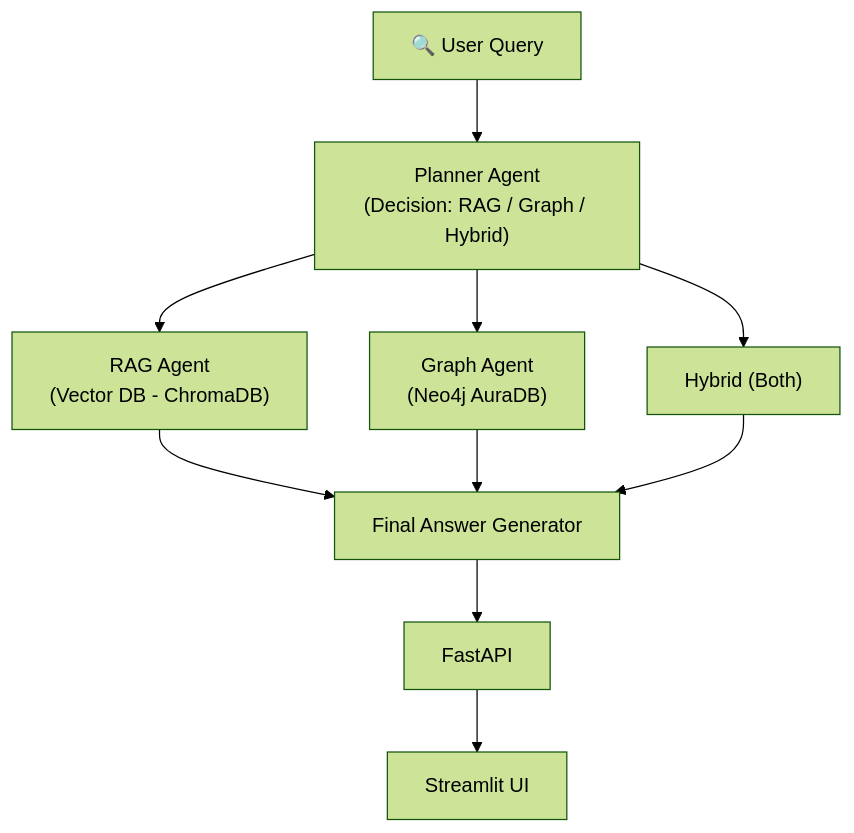
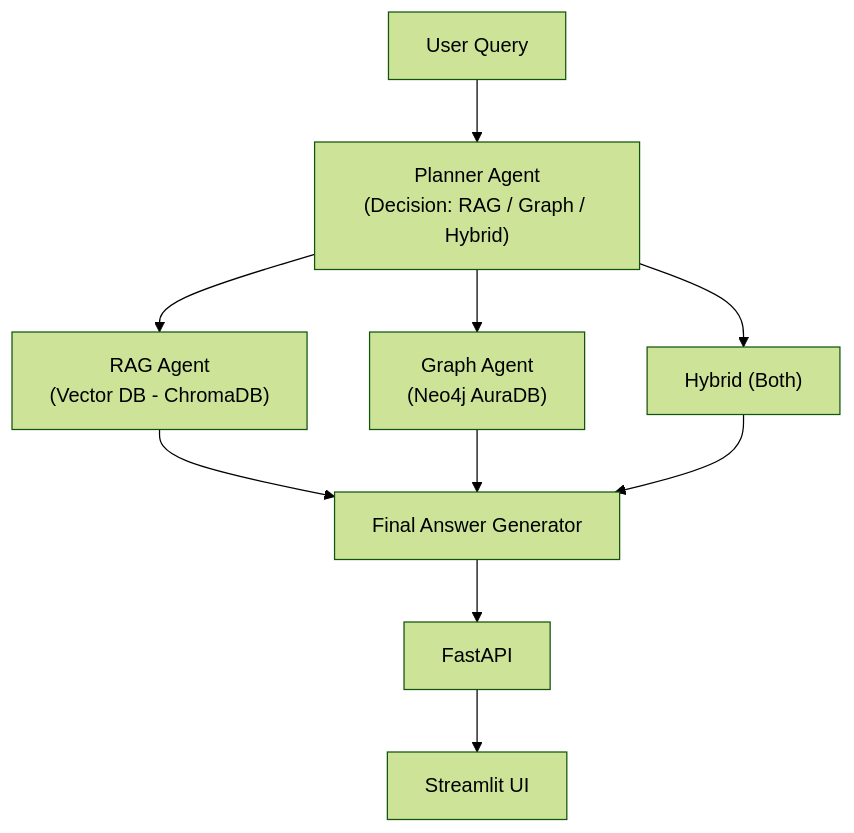
The diagram in README.md (DRIFT-619/multi-agent-research-assistant), drawn with Mermaid (forest theme) before and after one commit. The commit also changed other lines of this file, not shown here.

````diff
--- a/README.md
+++ b/README.md
@@ -41,12 +41,12 @@
 ```mermaid
 flowchart TD
-    A["🔍 User Query"] --> B["Planner Agent\n(Decision: RAG / Graph / Hybrid)"]
+    A["User Query"] --> B["Planner Agent\n(Decision: RAG / Graph / Hybrid)"]
     B --> C["RAG Agent\n(Vector DB - ChromaDB)"]
     B --> D["Graph Agent\n(Neo4j AuraDB)"]
     B --> E["Hybrid (Both)"]
     C --> F["Final Answer Generator"]
     D --> F
     E --> F
     F --> G["FastAPI"]
     G --> H["Streamlit UI"]
 ```
````
